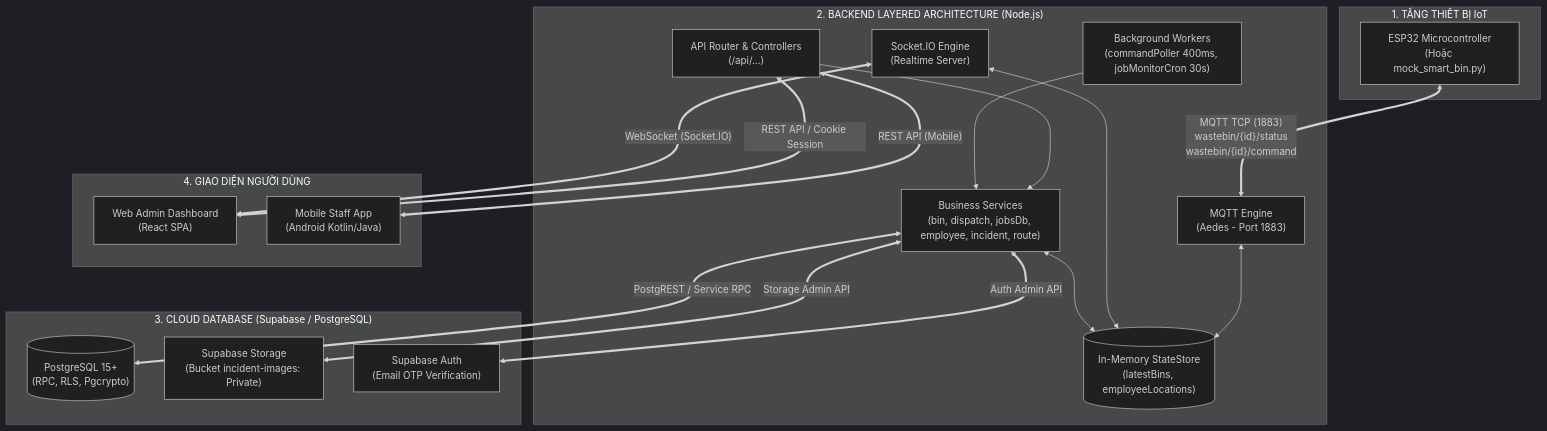
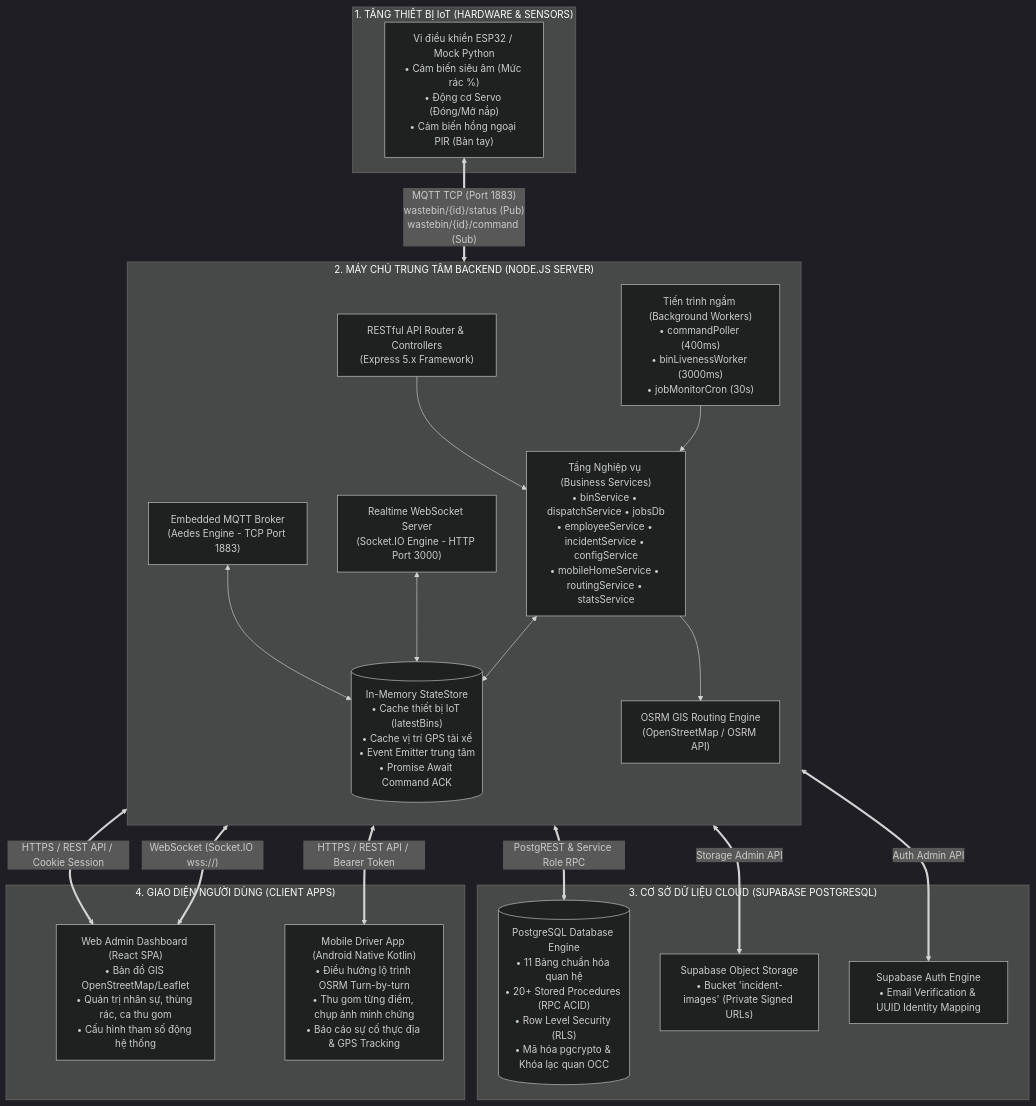
The first of 4 diagrams in server/backend/README.md (Phuc710/Smart_Waste), drawn with Mermaid (dark theme) before and after one commit. The commit also changed other lines of this file and 83 other files, not shown here.

Commit message:
feat: implement full-stack smart waste management system including Android application and backend services

````diff
--- a/server/backend/README.md
+++ b/server/backend/README.md
@@ -36,42 +37,46 @@
 ```mermaid
 flowchart TB
-    subgraph HARDWARE_LAYER ["1. TẦNG THIẾT BỊ IoT"]
-        ESP32["ESP32 Microcontroller\n(Hoặc mock_smart_bin.py)"]
+    subgraph HARDWARE_LAYER ["1. TẦNG THIẾT BỊ IoT (HARDWARE & SENSORS)"]
+        ESP32["Vi điều khiển ESP32 / Mock Python\n• Cảm biến siêu âm (Mức rác %)\n• Động cơ Servo (Đóng/Mở nắp)\n• Cảm biến hồng ngoại PIR (Bàn tay)"]
     end
 
-    subgraph BACKEND_MODULAR ["2. BACKEND LAYERED ARCHITECTURE (Node.js)"]
-        MQTT_MOD["MQTT Engine\n(Aedes - Port 1883)"]
-        SOCKET_MOD["Socket.IO Engine\n(Realtime Server)"]
-        HTTP_ROUTER["API Router & Controllers\n(/api/...)"]
+    subgraph BACKEND_MODULAR ["2. MÁY CHỦ TRUNG TÂM BACKEND (NODE.JS SERVER)"]
+        direction TB
+        MQTT_MOD["Embedded MQTT Broker\n(Aedes Engine - TCP Port 1883)"]
+        SOCKET_MOD["Realtime WebSocket Server\n(Socket.IO Engine - HTTP Port 3000)"]
+        HTTP_ROUTER["RESTful API Router & Controllers\n(Express 5.x Framework)"]
         
-        STATE_STORE[("In-Memory StateStore\n(latestBins, employeeLocations)")]
-        SERVICES["Business Services\n(bin, dispatch, jobsDb, employee, incident, route)"]
-        CRON_WORKERS["Background Workers\n(commandPoller 400ms, jobMonitorCron 30s)"]
+        STATE_STORE[("In-Memory StateStore\n• Cache thiết bị IoT (latestBins)\n• Cache vị trí GPS tài xế\n• Event Emitter trung tâm\n• Promise Await Command ACK")]
+        
+        SERVICES["Tầng Nghiệp vụ (Business Services)\n• binService • dispatchService • jobsDb\n• employeeService • incidentService • configService\n• mobileHomeService • routingService • statsService"]
+        
+        WORKERS["Tiến trình ngầm (Background Workers)\n• commandPoller (400ms)\n• binLivenessWorker (3000ms)\n• jobMonitorCron (30s)"]
         
         MQTT_MOD <--> STATE_STORE
         SOCKET_MOD <--> STATE_STORE
         HTTP_ROUTER --> SERVICES
         SERVICES <--> STATE_STORE
-        CRON_WORKERS --> SERVICES
+        WORKERS --> SERVICES
+        SERVICES --> ROUTING_OSRM["OSRM GIS Routing Engine\n(OpenStreetMap / OSRM API)"]
     end
 
-    subgraph DB_CLOUD ["3. CLOUD DATABASE (Supabase / PostgreSQL)"]
-        POSTGRES[("PostgreSQL 15+\n(RPC, RLS, Pgcrypto)")]
-        STORAGE["Supabase Storage\n(Bucket incident-images: Private)"]
-        AUTH["Supabase Auth\n(Email OTP Verification)"]
+    subgraph DB_CLOUD ["3. CƠ SỞ DỮ LIỆU CLOUD (SUPABASE POSTGRESQL)"]
+        POSTGRES[("PostgreSQL Database Engine\n• 11 Bảng chuẩn hóa quan hệ\n• 20+ Stored Procedures (RPC ACID)\n• Row Level Security (RLS)\n• Mã hóa pgcrypto & Khóa lạc quan OCC")]
+        STORAGE["Supabase Object Storage\n• Bucket 'incident-images' (Private Signed URLs)"]
+        AUTH["Supabase Auth Engine\n• Email Verification & UUID Identity Mapping"]
     end
 
-    subgraph CLIENTS ["4. GIAO DIỆN NGƯỜI DÙNG"]
-        WEB_ADMIN["Web Admin Dashboard\n(React SPA)"]
-        MOBILE_APP["Mobile Staff App\n(Android Kotlin/Java)"]
+    subgraph CLIENTS ["4. GIAO DIỆN NGƯỜI DÙNG (CLIENT APPS)"]
+        WEB_ADMIN["Web Admin Dashboard (React SPA)\n• Bản đồ GIS OpenStreetMap/Leaflet\n• Quản trị nhân sự, thùng rác, ca thu gom\n• Cấu hình tham số động hệ thống"]
+        MOBILE_APP["Mobile Driver App (Android Native Kotlin)\n• Điều hướng lộ trình OSRM Turn-by-turn\n• Thu gom từng điểm, chụp ảnh minh chứng\n• Báo cáo sự cố thực địa & GPS Tracking"]
     end
 
-    ESP32 <== "MQTT TCP (1883)\nwastebin/{id}/status\nwastebin/{id}/command" ==> MQTT_MOD
-    HTTP_ROUTER <== "REST API / Cookie Session" ==> WEB_ADMIN
-    SOCKET_MOD <== "WebSocket (Socket.IO)" ==> WEB_ADMIN
-    HTTP_ROUTER <== "REST API (Mobile)" ==> MOBILE_APP
+    ESP32 <== "MQTT TCP (Port 1883)\nwastebin/{id}/status (Pub)\nwastebin/{id}/command (Sub)" ==> MQTT_MOD
+    HTTP_ROUTER <== "HTTPS / REST API / Cookie Session" ==> WEB_ADMIN
+    SOCKET_MOD <== "WebSocket (Socket.IO wss://)" ==> WEB_ADMIN
+    HTTP_ROUTER <== "HTTPS / REST API / Bearer Token" ==> MOBILE_APP
     
-    SERVICES <== "PostgREST / Service RPC" ==> POSTGRES
+    SERVICES <== "PostgREST & Service Role RPC" ==> POSTGRES
     SERVICES <== "Storage Admin API" ==> STORAGE
     SERVICES <== "Auth Admin API" ==> AUTH
 ```
````
